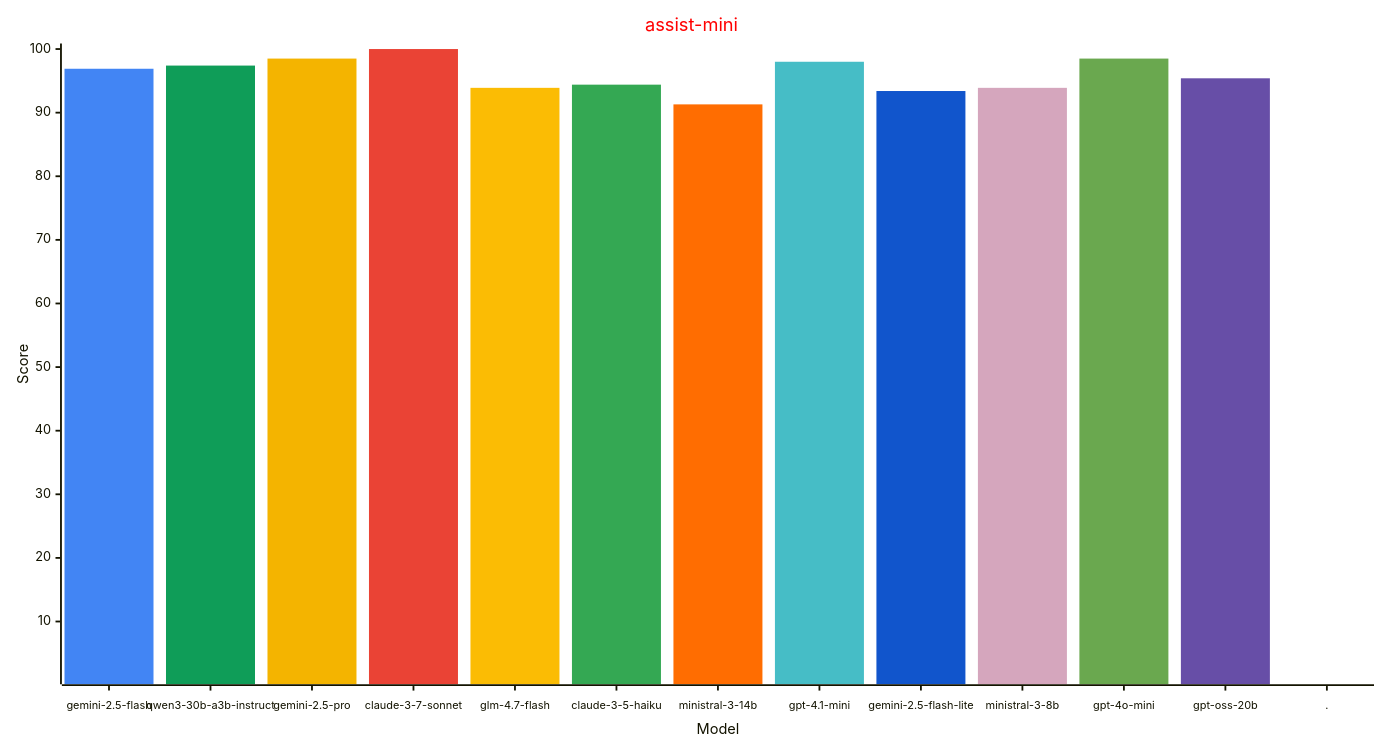
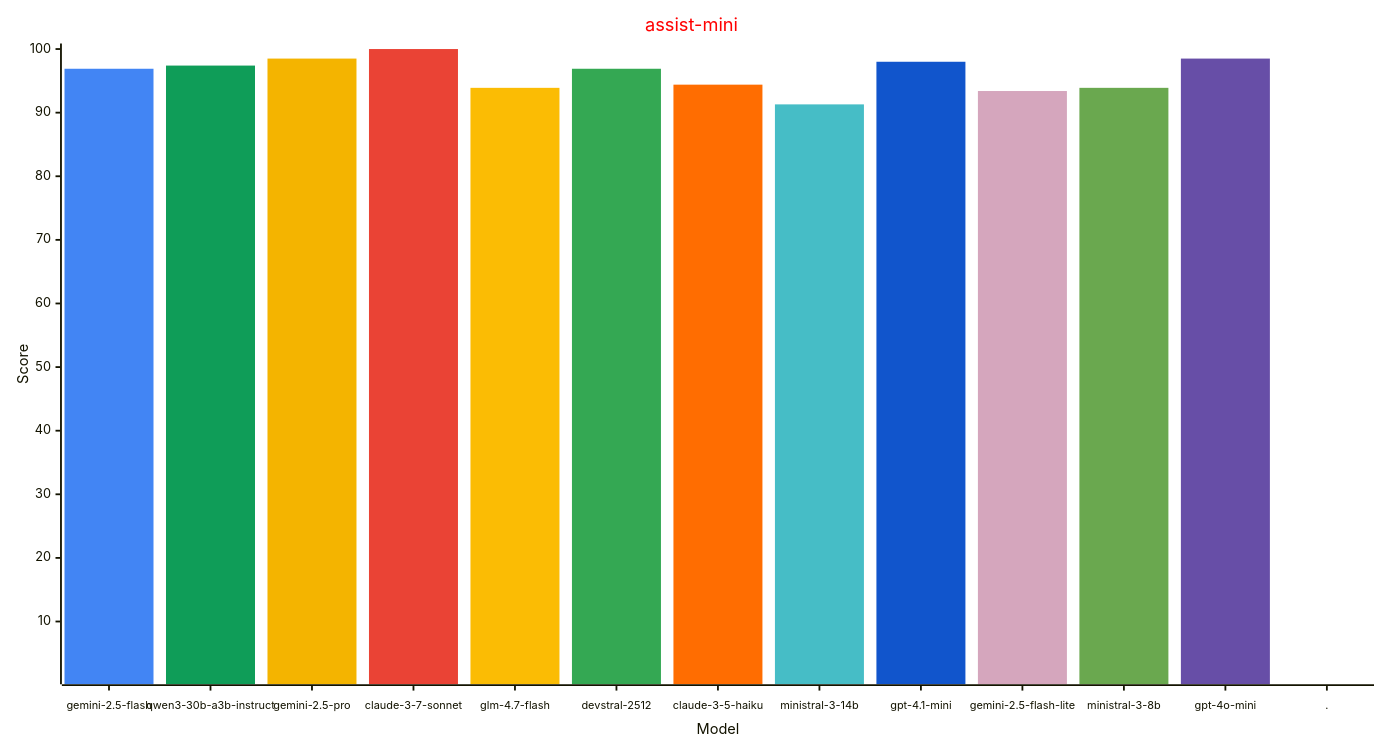
One commit to allenporter/home-assistant-datasets changed the second of 4 diagrams in reports/README.md. Above: the diagram before and after it, drawn with Mermaid. The commit also changed other lines of this file and 1087 other files, not shown here.

````diff
--- a/reports/README.md
+++ b/reports/README.md
@@ -112,33 +113,33 @@
 ```mermaid
 ---
 config:
     xyChart:
         width: 1500
         height: 800
         xAxis:
           labelFontSize: 12
           labelPadding: 8
     themeVariables:
         xyChart:
             titleColor: "#ff0000"
             plotColorPalette: "#4285f4, #0f9d58, #f4b400, #ea4335, #fbbc04, #34a853, #ff6d01, #46bdc6, #1155cc, #d5a6bd, #6aa84f, #674ea7, #4285f4"
 
 ---
 xychart-beta
   title "assist-mini"
-  x-axis "Model" [gemini-2.5-flash, qwen3-30b-a3b-instruct, gemini-2.5-pro, claude-3-7-sonnet, glm-4.7-flash, claude-3-5-haiku, ministral-3-14b, gpt-4.1-mini, gemini-2.5-flash-lite, ministral-3-8b, gpt-4o-mini, gpt-oss-20b, .]
+  x-axis "Model" [gemini-2.5-flash, qwen3-30b-a3b-instruct, gemini-2.5-pro, claude-3-7-sonnet, glm-4.7-flash, devstral-2512, claude-3-5-haiku, ministral-3-14b, gpt-4.1-mini, gemini-2.5-flash-lite, ministral-3-8b, gpt-4o-mini, .]
   y-axis "Score" 1 --> 100
   bar [96.9, 0.0, 0.0, 0.0, 0.0, 0.0, 0.0, 0.0, 0.0, 0.0, 0.0, 0.0, 0.0]
   bar [0.0, 97.4, 0.0, 0.0, 0.0, 0.0, 0.0, 0.0, 0.0, 0.0, 0.0, 0.0, 0.0]
   bar [0.0, 0.0, 98.5, 0.0, 0.0, 0.0, 0.0, 0.0, 0.0, 0.0, 0.0, 0.0, 0.0]
   bar [0.0, 0.0, 0.0, 100.0, 0.0, 0.0, 0.0, 0.0, 0.0, 0.0, 0.0, 0.0, 0.0]
   bar [0.0, 0.0, 0.0, 0.0, 93.9, 0.0, 0.0, 0.0, 0.0, 0.0, 0.0, 0.0, 0.0]
-  bar [0.0, 0.0, 0.0, 0.0, 0.0, 94.4, 0.0, 0.0, 0.0, 0.0, 0.0, 0.0, 0.0]
-  bar [0.0, 0.0, 0.0, 0.0, 0.0, 0.0, 91.3, 0.0, 0.0, 0.0, 0.0, 0.0, 0.0]
-  bar [0.0, 0.0, 0.0, 0.0, 0.0, 0.0, 0.0, 98.0, 0.0, 0.0, 0.0, 0.0, 0.0]
-  bar [0.0, 0.0, 0.0, 0.0, 0.0, 0.0, 0.0, 0.0, 93.4, 0.0, 0.0, 0.0, 0.0]
-  bar [0.0, 0.0, 0.0, 0.0, 0.0, 0.0, 0.0, 0.0, 0.0, 93.9, 0.0, 0.0, 0.0]
-  bar [0.0, 0.0, 0.0, 0.0, 0.0, 0.0, 0.0, 0.0, 0.0, 0.0, 98.5, 0.0, 0.0]
-  bar [0.0, 0.0, 0.0, 0.0, 0.0, 0.0, 0.0, 0.0, 0.0, 0.0, 0.0, 95.4, 0.0]
+  bar [0.0, 0.0, 0.0, 0.0, 0.0, 96.9, 0.0, 0.0, 0.0, 0.0, 0.0, 0.0, 0.0]
+  bar [0.0, 0.0, 0.0, 0.0, 0.0, 0.0, 94.4, 0.0, 0.0, 0.0, 0.0, 0.0, 0.0]
+  bar [0.0, 0.0, 0.0, 0.0, 0.0, 0.0, 0.0, 91.3, 0.0, 0.0, 0.0, 0.0, 0.0]
+  bar [0.0, 0.0, 0.0, 0.0, 0.0, 0.0, 0.0, 0.0, 98.0, 0.0, 0.0, 0.0, 0.0]
+  bar [0.0, 0.0, 0.0, 0.0, 0.0, 0.0, 0.0, 0.0, 0.0, 93.4, 0.0, 0.0, 0.0]
+  bar [0.0, 0.0, 0.0, 0.0, 0.0, 0.0, 0.0, 0.0, 0.0, 0.0, 93.9, 0.0, 0.0]
+  bar [0.0, 0.0, 0.0, 0.0, 0.0, 0.0, 0.0, 0.0, 0.0, 0.0, 0.0, 98.5, 0.0]
   bar [0.0, 0.0, 0.0, 0.0, 0.0, 0.0, 0.0, 0.0, 0.0, 0.0, 0.0, 0.0, -1.0]
 ```
````
